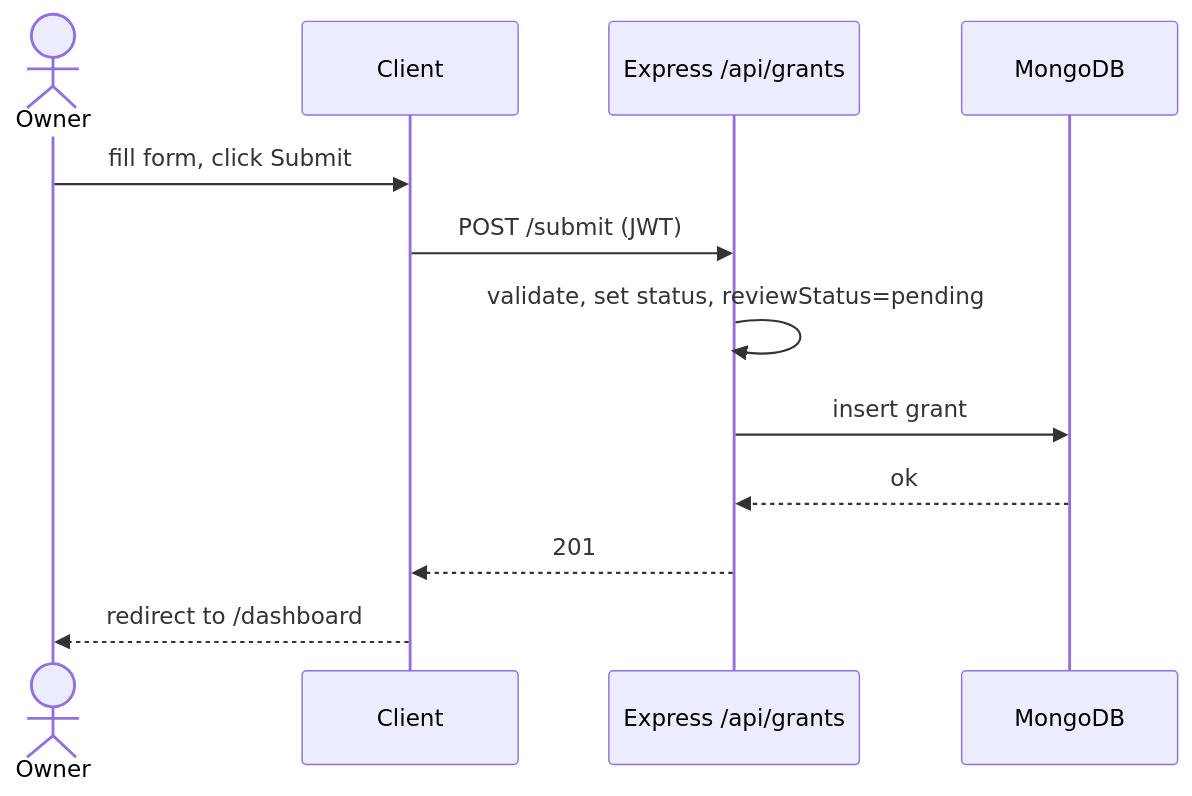
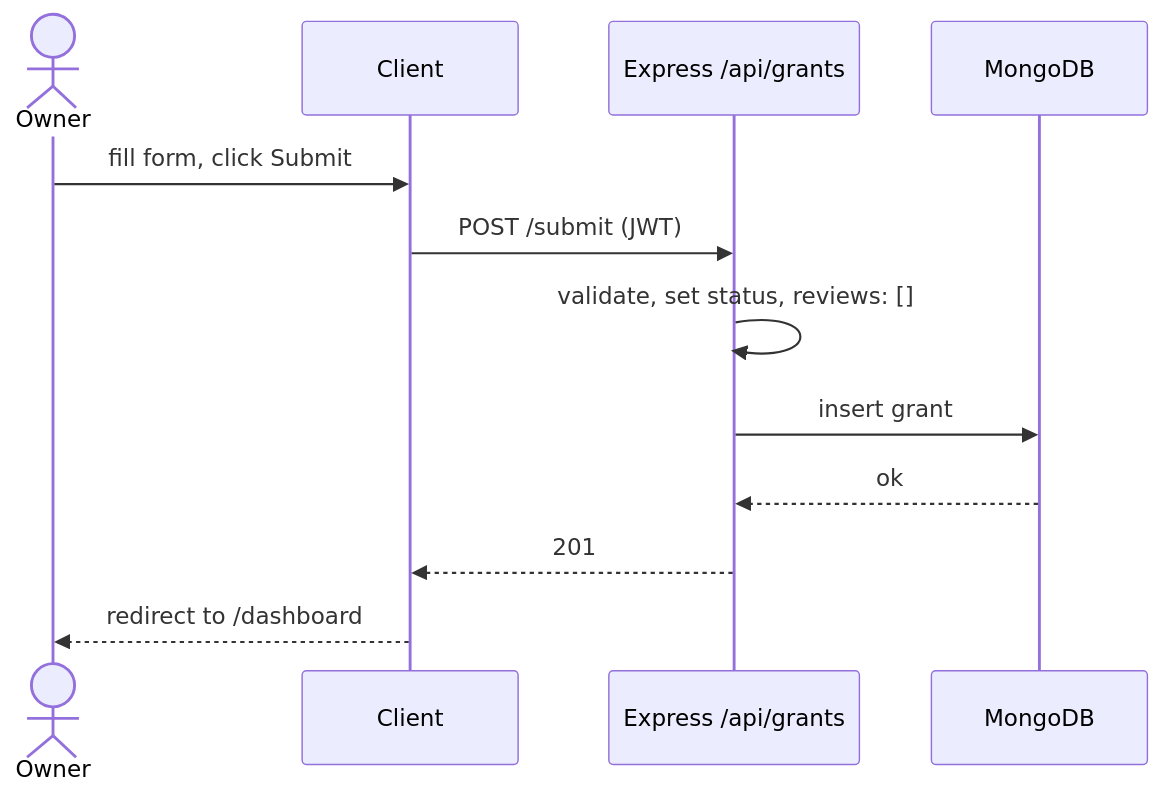
The sixth of 7 diagrams in docs/architecture.md (jayantiacharya/grant-management-system), drawn with Mermaid before and after one commit. The commit also changed other lines of this file and 4 other files, not shown here.

First line of the commit message:
docs: sync architecture, requirements, data-model for review, dean, and allocation work

````diff
--- a/docs/architecture.md
+++ b/docs/architecture.md
@@ -374,14 +382,14 @@
 ```mermaid
 sequenceDiagram
     actor Owner
     participant Client
     participant API as Express /api/grants
     participant DB as MongoDB
     Owner->>Client: fill form, click Submit
     Client->>API: POST /submit (JWT)
-    API->>API: validate, set status, reviewStatus=pending
+    API->>API: validate, set status, reviews: []
     API->>DB: insert grant
     DB-->>API: ok
     API-->>Client: 201
     Client-->>Owner: redirect to /dashboard
 ```
````
